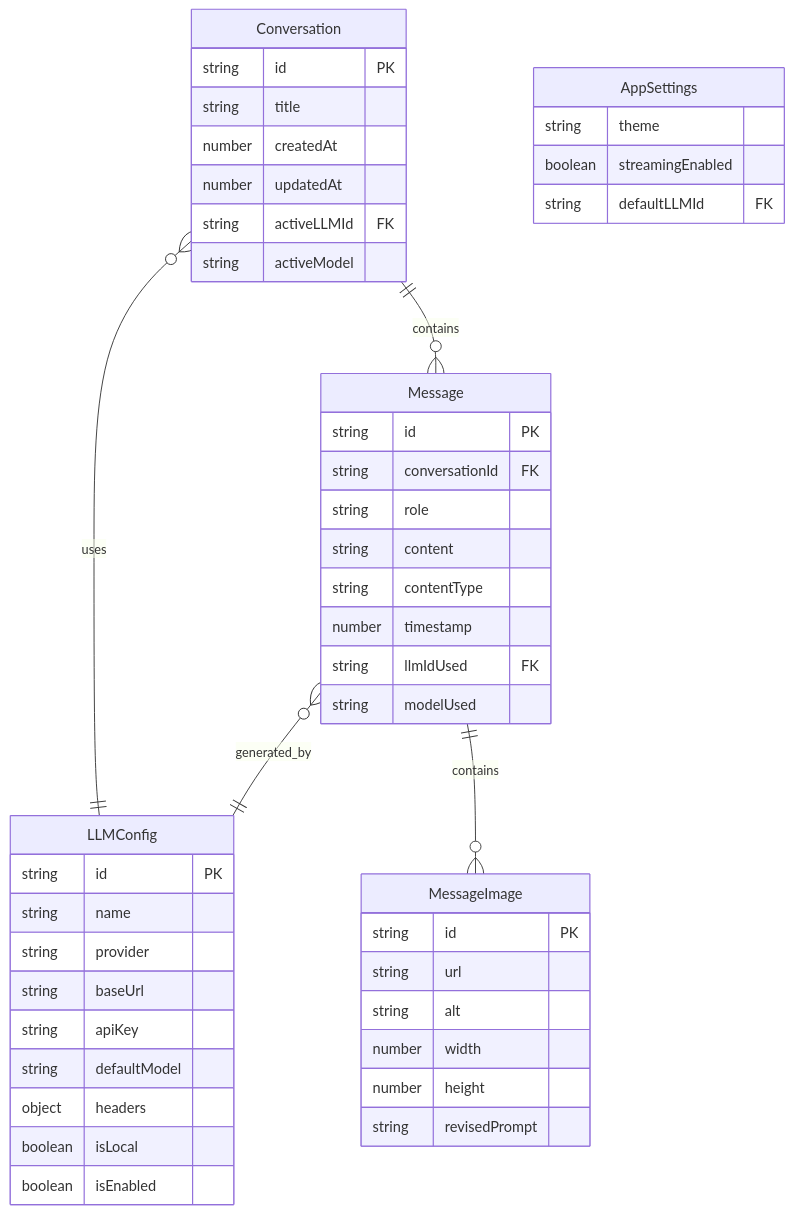
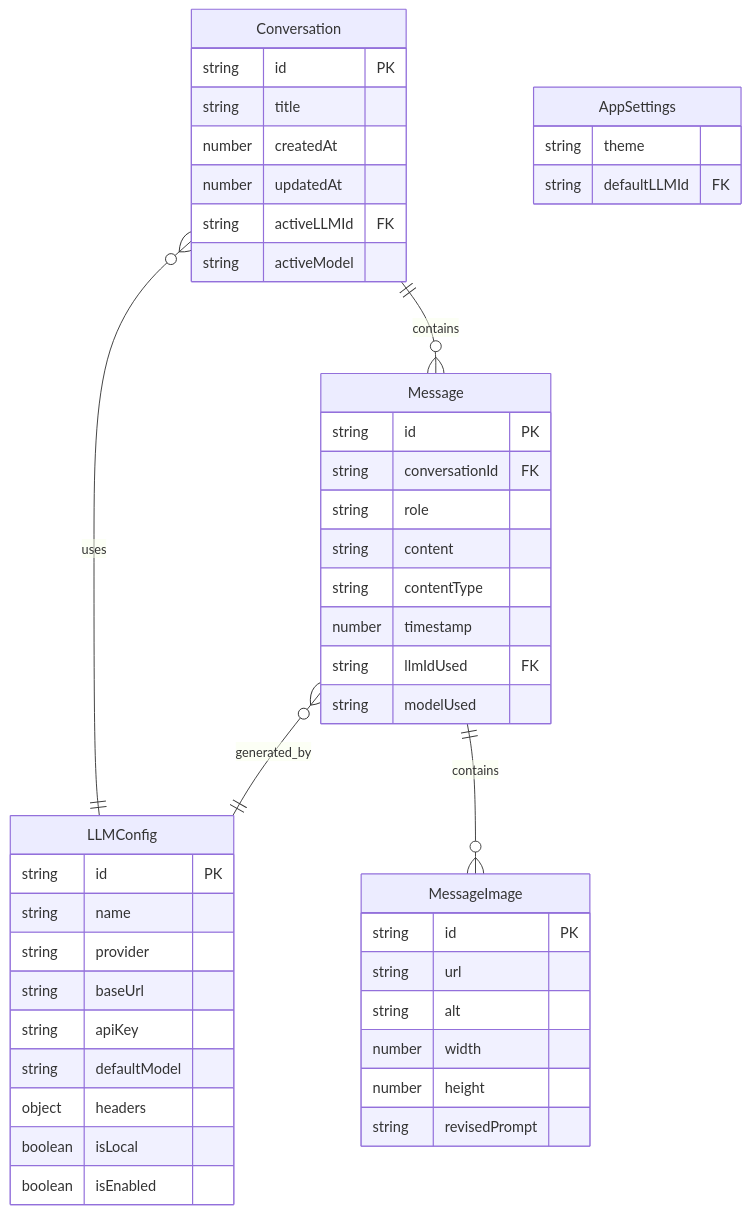
One commit to HarshalKudale/modelflux changed the diagram in docs/DATA_MODELS.md. Above: the diagram before and after it, drawn with Mermaid. The commit also changed other lines of this file and 20 other files, not shown here.

````diff
--- a/docs/DATA_MODELS.md
+++ b/docs/DATA_MODELS.md
@@ -9,54 +9,53 @@
 ```mermaid
 erDiagram
     Conversation ||--o{ Message : contains
     Conversation }o--|| LLMConfig : uses
     Message }o--|| LLMConfig : generated_by
     Message ||--o{ MessageImage : contains
 
     Conversation {
         string id PK
         string title
         number createdAt
         number updatedAt
         string activeLLMId FK
         string activeModel
     }
 
     Message {
         string id PK
         string conversationId FK
         string role
         string content
         string contentType
         number timestamp
         string llmIdUsed FK
         string modelUsed
     }
 
     MessageImage {
         string id PK
         string url
         string alt
         number width
         number height
         string revisedPrompt
     }
 
     LLMConfig {
         string id PK
         string name
         string provider
         string baseUrl
         string apiKey
         string defaultModel
         object headers
         boolean isLocal
         boolean isEnabled
     }
 
     AppSettings {
         string theme
-        boolean streamingEnabled
         string defaultLLMId FK
     }
 ```
````
